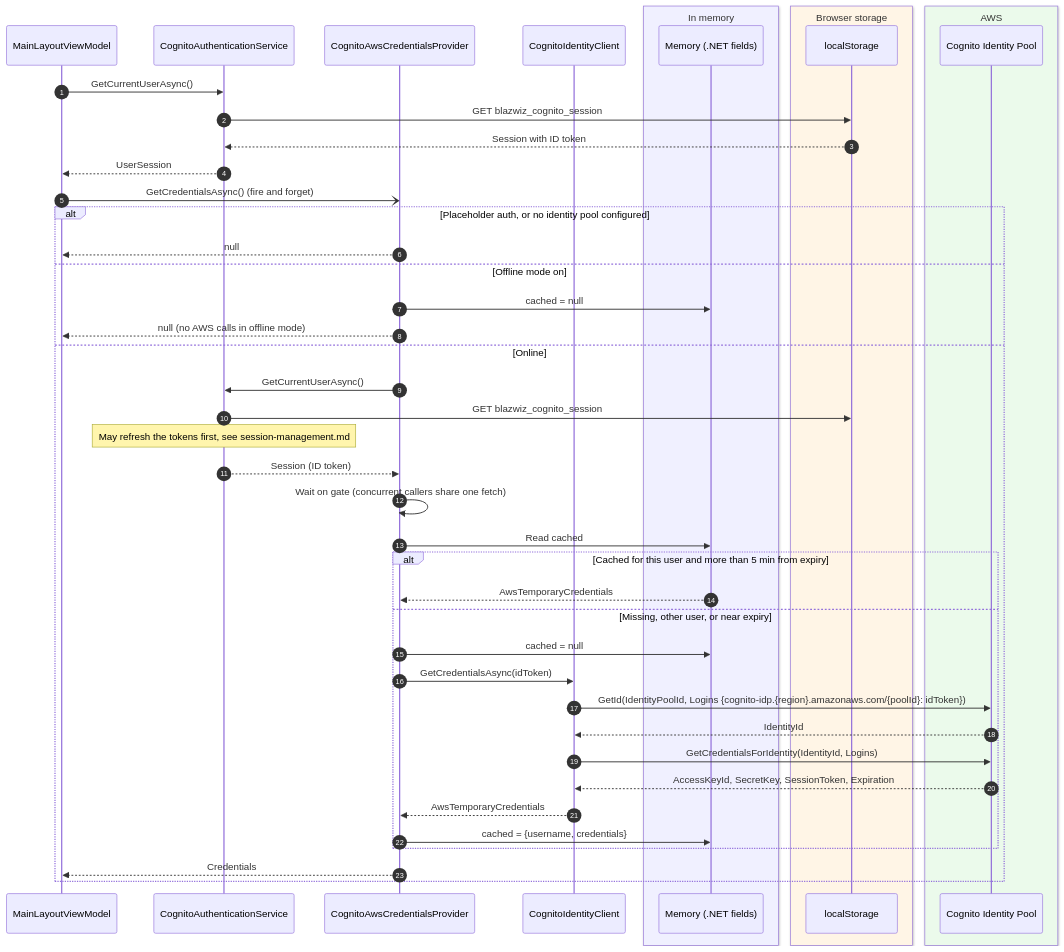
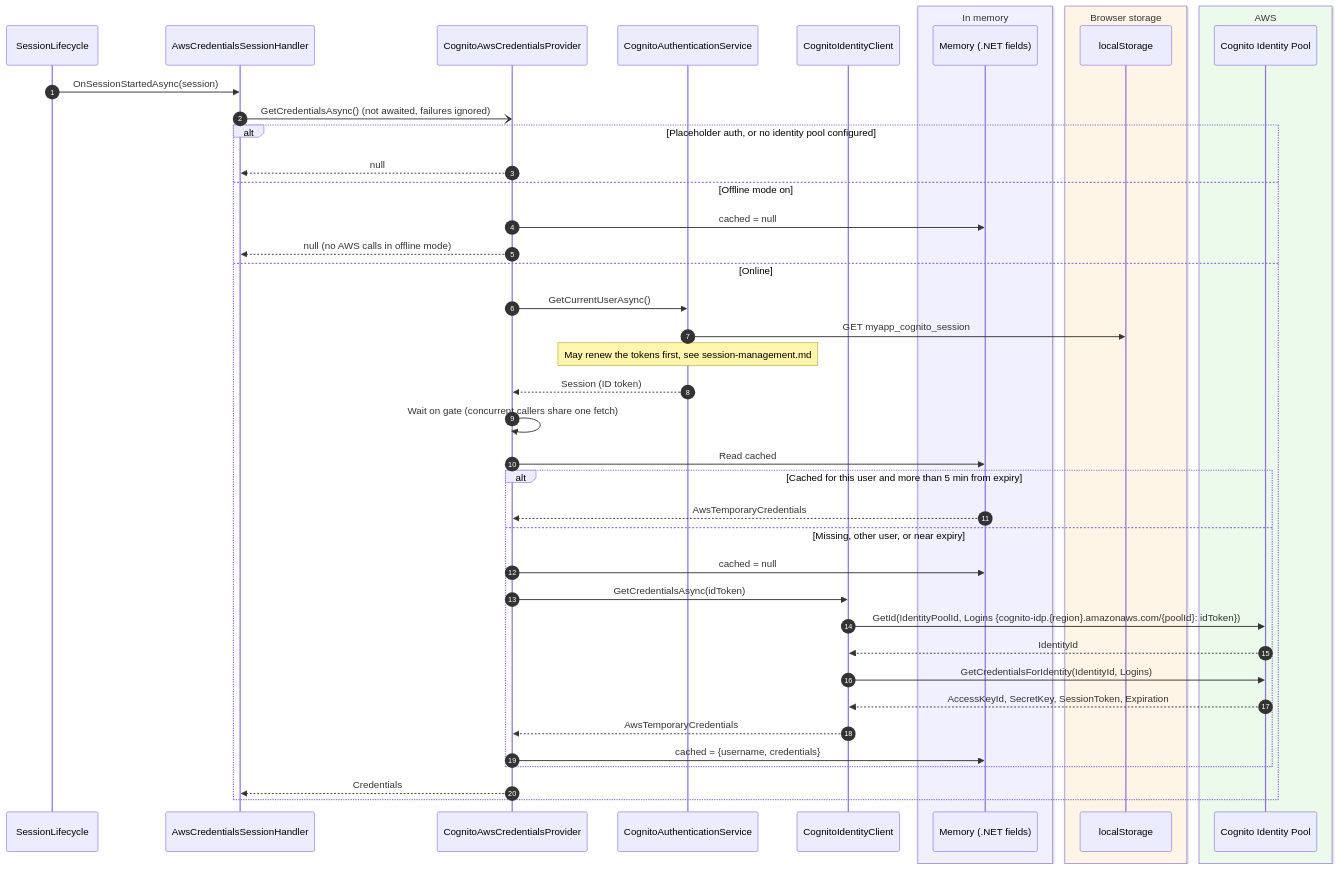
The third of 7 diagrams in docs/diagrams/authentication.md (devoctomy/blazwiz), drawn with Mermaid before and after one commit. The commit also changed other lines of this file and 9 other files, not shown here.

First line of the commit message:
chore: update to documents / diagrams and agents (#17)

````diff
--- a/docs/diagrams/authentication.md
+++ b/docs/diagrams/authentication.md
@@ -144,50 +155,48 @@
 ```mermaid
 sequenceDiagram
     autonumber
-    participant Layout as MainLayoutViewModel
+    participant Life as SessionLifecycle
+    participant H as AwsCredentialsSessionHandler
+    participant Creds as CognitoAwsCredentialsProvider
     participant Auth as CognitoAuthenticationService
-    participant Creds as CognitoAwsCredentialsProvider
     participant IdC as CognitoIdentityClient
     box rgb(240,240,255) In memory
         participant Mem as Memory (.NET fields)
     end
     box rgb(255,245,230) Browser storage
         participant LS as localStorage
     end
     box rgb(235,250,235) AWS
         participant IP as Cognito Identity Pool
     end
 
-    Layout->>Auth: GetCurrentUserAsync()
-    Auth->>LS: GET blazwiz_cognito_session
-    LS-->>Auth: Session with ID token
-    Auth-->>Layout: UserSession
-    Layout-)Creds: GetCredentialsAsync() (fire and forget)
+    Life->>H: OnSessionStartedAsync(session)
+    H-)Creds: GetCredentialsAsync() (not awaited, failures ignored)
 
     alt Placeholder auth, or no identity pool configured
-        Creds-->>Layout: null
+        Creds-->>H: null
     else Offline mode on
         Creds->>Mem: cached = null
-        Creds-->>Layout: null (no AWS calls in offline mode)
+        Creds-->>H: null (no AWS calls in offline mode)
     else Online
         Creds->>Auth: GetCurrentUserAsync()
-        Auth->>LS: GET blazwiz_cognito_session
-        Note over Auth: May refresh the tokens first, see session-management.md
+        Auth->>LS: GET myapp_cognito_session
+        Note over Auth: May renew the tokens first, see session-management.md
         Auth-->>Creds: Session (ID token)
         Creds->>Creds: Wait on gate (concurrent callers share one fetch)
         Creds->>Mem: Read cached
         alt Cached for this user and more than 5 min from expiry
             Mem-->>Creds: AwsTemporaryCredentials
         else Missing, other user, or near expiry
             Creds->>Mem: cached = null
             Creds->>IdC: GetCredentialsAsync(idToken)
             IdC->>IP: GetId(IdentityPoolId, Logins {cognito-idp.{region}.amazonaws.com/{poolId}: idToken})
             IP-->>IdC: IdentityId
             IdC->>IP: GetCredentialsForIdentity(IdentityId, Logins)
             IP-->>IdC: AccessKeyId, SecretKey, SessionToken, Expiration
             IdC-->>Creds: AwsTemporaryCredentials
             Creds->>Mem: cached = {username, credentials}
         end
-        Creds-->>Layout: Credentials
+        Creds-->>H: Credentials
     end
 ```
````
